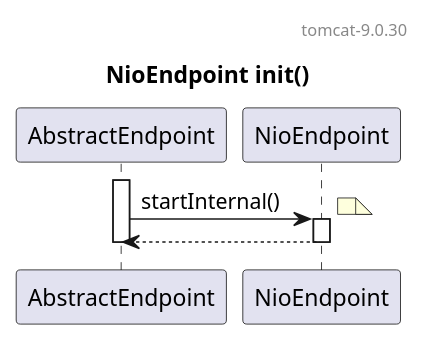
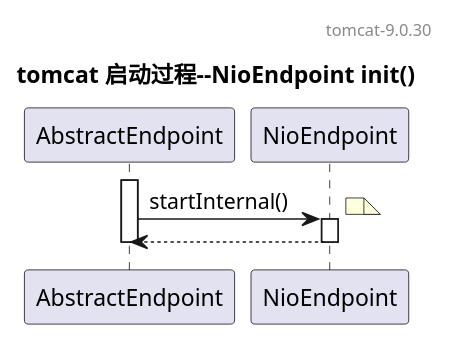
One commit to zhhongCai/tomcat changed the diagram in NioEndpoint_init.puml. Above: the diagram before and after it, drawn with PlantUML. The commit also changed 13 other files, not shown here.

Commit message:
流程图

```diff
--- a/NioEndpoint_init.puml
+++ b/NioEndpoint_init.puml
@@ -1,15 +1,15 @@
 @startuml
 
 header tomcat-9.0.30
 
-title NioEndpoint init()
+title tomcat 启动过程--NioEndpoint init()
 
 activate AbstractEndpoint
 AbstractEndpoint -> NioEndpoint++: startInternal()
     note right
 
     end note
 AbstractEndpoint <-- NioEndpoint--
 deactivate AbstractEndpoint
 
 @enduml
```
